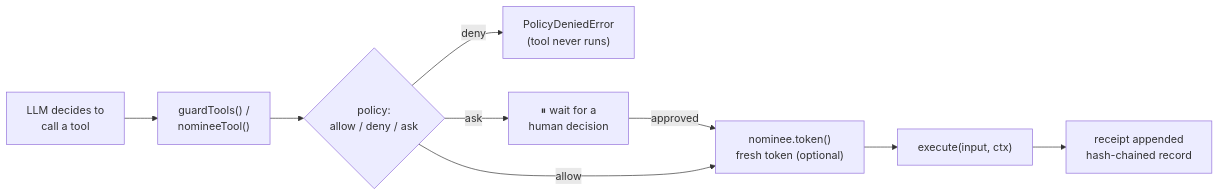
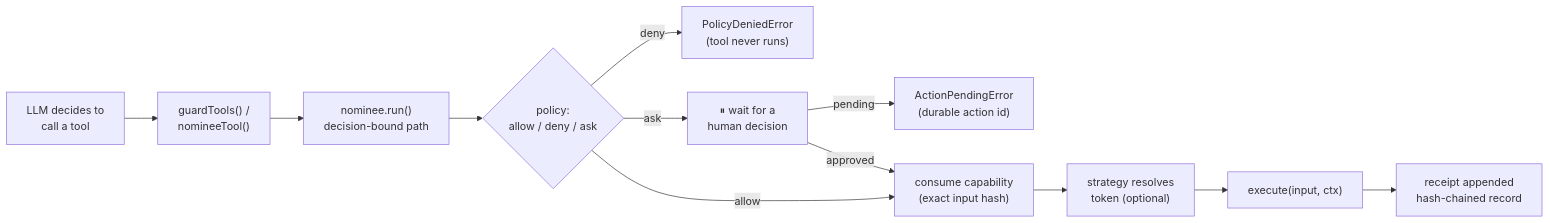
One commit to bharath31/nominee changed the diagram in packages/ai/README.md. Above: the diagram before and after it, drawn with Mermaid. The commit also changed other lines of this file and 21 other files, not shown here.

````diff
--- a/packages/ai/README.md
+++ b/packages/ai/README.md
@@ -30,11 +30,14 @@
 ```mermaid
 flowchart LR
     LLM["LLM decides to\ncall a tool"] --> G["guardTools() /\nnomineeTool()"]
-    G --> P{"policy:\nallow / deny / ask"}
+    G --> RUN["nominee.run()\ndecision-bound path"]
+    RUN --> P{"policy:\nallow / deny / ask"}
     P -->|deny| X["PolicyDeniedError\n(tool never runs)"]
     P -->|ask| AP["⏸ wait for a\nhuman decision"]
-    AP -->|approved| TOK
-    P -->|allow| TOK["nominee.token()\nfresh token (optional)"]
+    AP -->|pending| APE["ActionPendingError\n(durable action id)"]
+    AP -->|approved| CAP["consume capability\n(exact input hash)"]
+    P -->|allow| CAP
+    CAP --> TOK["strategy resolves\ntoken (optional)"]
     TOK --> EX["execute(input, ctx)"]
     EX --> R["receipt appended\nhash-chained record"]
 ```
````
